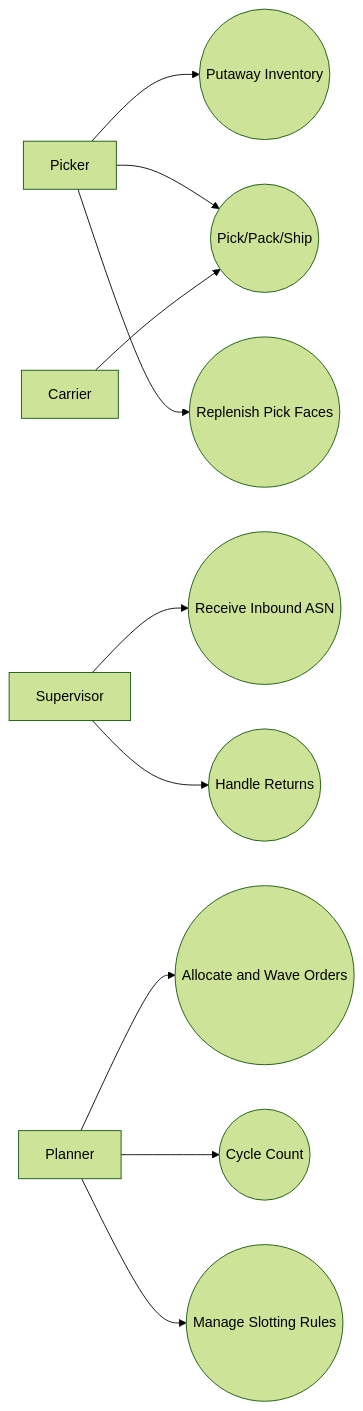
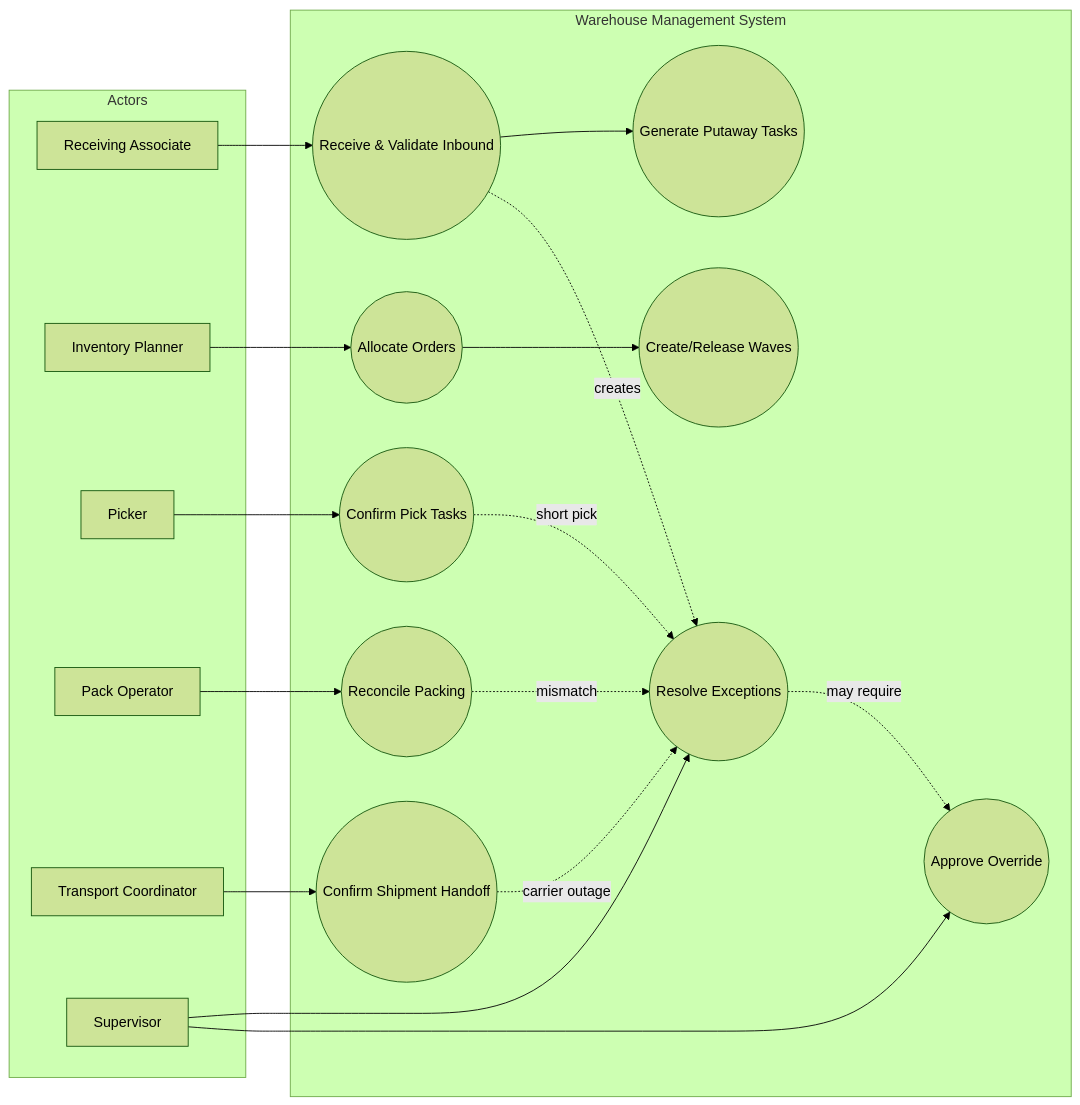
The diagram in Warehouse Management System/analysis/use-case-diagram.md (0Ankit0/Project-Ideas), drawn with Mermaid (forest theme) before and after one commit. The commit also changed other lines of this file and 38 other files, not shown here.

````diff
--- a/Warehouse Management System/analysis/use-case-diagram.md
+++ b/Warehouse Management System/analysis/use-case-diagram.md
@@ -3,26 +3,37 @@
 ```mermaid
 flowchart LR
-    Picker
-    Supervisor
-    Planner
-    Carrier
+    subgraph Actors
+      RA[Receiving Associate]
+      IP[Inventory Planner]
+      PK[Picker]
+      PO[Pack Operator]
+      TC[Transport Coordinator]
+      SV[Supervisor]
+    end
 
-    UC1((Receive Inbound ASN))
-    UC2((Putaway Inventory))
-    UC3((Allocate and Wave Orders))
-    UC4((Pick/Pack/Ship))
-    UC5((Cycle Count))
-    UC6((Replenish Pick Faces))
-    UC7((Handle Returns))
-    UC8((Manage Slotting Rules))
+    subgraph WMS[Warehouse Management System]
+      UC1((Receive & Validate Inbound))
+      UC2((Generate Putaway Tasks))
+      UC3((Allocate Orders))
+      UC4((Create/Release Waves))
+      UC5((Confirm Pick Tasks))
+      UC6((Reconcile Packing))
+      UC7((Confirm Shipment Handoff))
+      UC8((Resolve Exceptions))
+      UC9((Approve Override))
+    end
 
-    Supervisor --> UC1
-    Picker --> UC2
-    Planner --> UC3
-    Picker --> UC4
-    Planner --> UC5
-    Picker --> UC6
-    Supervisor --> UC7
-    Planner --> UC8
-    Carrier --> UC4
+    RA --> UC1 --> UC2
+    IP --> UC3 --> UC4
+    PK --> UC5
+    PO --> UC6
+    TC --> UC7
+    SV --> UC8
+    SV --> UC9
+
+    UC1 -. creates .-> UC8
+    UC5 -. short pick .-> UC8
+    UC6 -. mismatch .-> UC8
+    UC7 -. carrier outage .-> UC8
+    UC8 -. may require .-> UC9
 ```
````
